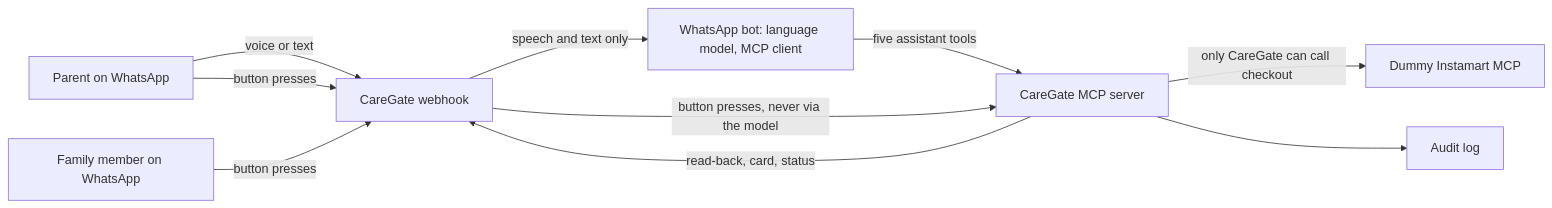
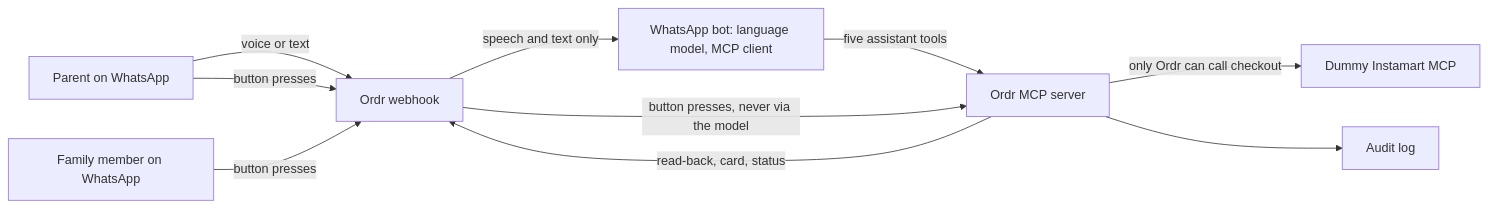
One commit to Sky00raider/Ordr changed the diagram in README.md. Above: the diagram before and after it, drawn with Mermaid. The commit also changed other lines of this file and 18 other files, not shown here.

````diff
--- a/README.md
+++ b/README.md
@@ -22,12 +22,12 @@
 ```mermaid
 flowchart LR
-    P["Parent on WhatsApp"] -->|"voice or text"| W["CareGate webhook"]
+    P["Parent on WhatsApp"] -->|"voice or text"| W["Ordr webhook"]
     P -->|"button presses"| W
     K["Family member on WhatsApp"] -->|"button presses"| W
     W -->|"speech and text only"| B["WhatsApp bot: language model, MCP client"]
-    B -->|"five assistant tools"| G["CareGate MCP server"]
+    B -->|"five assistant tools"| G["Ordr MCP server"]
     W -->|"button presses, never via the model"| G
     G -->|"read-back, card, status"| W
-    G -->|"only CareGate can call checkout"| S["Dummy Instamart MCP"]
+    G -->|"only Ordr can call checkout"| S["Dummy Instamart MCP"]
     G --> L["Audit log"]
 ```
````
